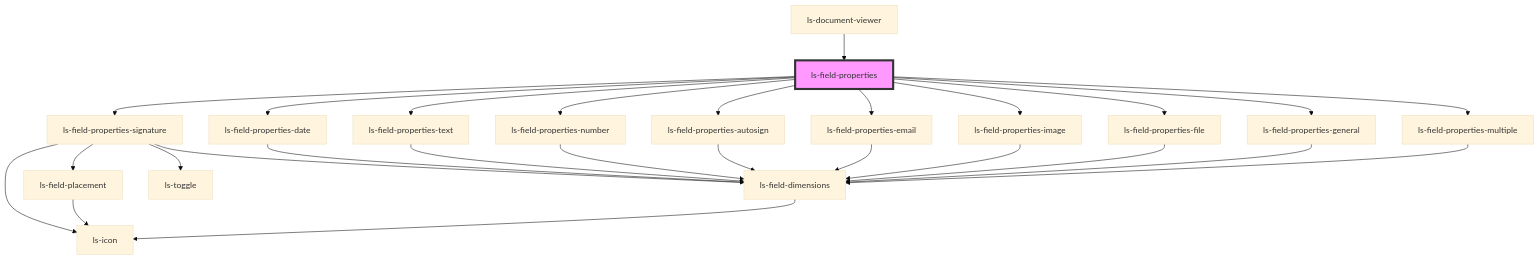
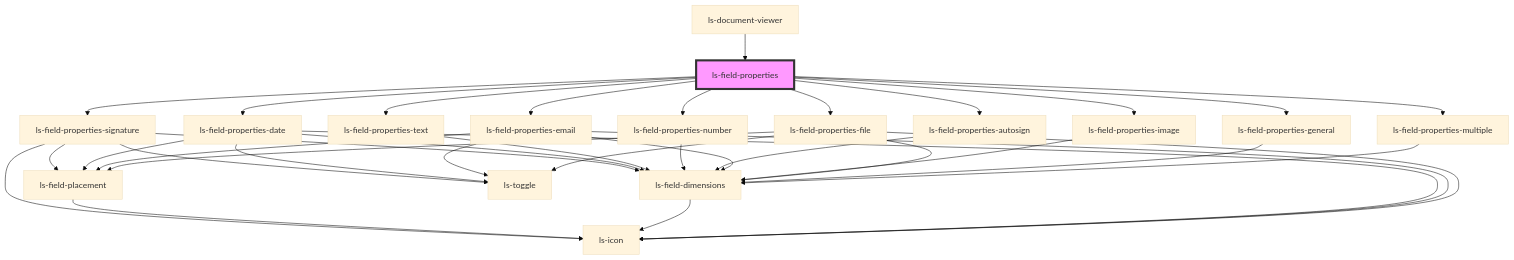
The diagram in src/components/ls-field-properties/readme.md (legalesign/ls-document-viewer), drawn with Mermaid (base theme) before and after one commit. The commit also changed 10 other files, not shown here.

````diff
--- a/src/components/ls-field-properties/readme.md
+++ b/src/components/ls-field-properties/readme.md
@@ -35,30 +35,39 @@
 ```mermaid
 graph TD;
   ls-field-properties --> ls-field-properties-signature
   ls-field-properties --> ls-field-properties-date
   ls-field-properties --> ls-field-properties-text
   ls-field-properties --> ls-field-properties-number
   ls-field-properties --> ls-field-properties-autosign
   ls-field-properties --> ls-field-properties-email
   ls-field-properties --> ls-field-properties-image
   ls-field-properties --> ls-field-properties-file
   ls-field-properties --> ls-field-properties-general
   ls-field-properties --> ls-field-properties-multiple
   ls-field-properties-signature --> ls-field-placement
   ls-field-properties-signature --> ls-field-dimensions
   ls-field-properties-signature --> ls-icon
   ls-field-properties-signature --> ls-toggle
   ls-field-placement --> ls-icon
   ls-field-dimensions --> ls-icon
+  ls-field-properties-date --> ls-field-placement
   ls-field-properties-date --> ls-field-dimensions
+  ls-field-properties-date --> ls-icon
+  ls-field-properties-date --> ls-toggle
   ls-field-properties-text --> ls-field-dimensions
   ls-field-properties-number --> ls-field-dimensions
   ls-field-properties-autosign --> ls-field-dimensions
+  ls-field-properties-email --> ls-field-placement
   ls-field-properties-email --> ls-field-dimensions
+  ls-field-properties-email --> ls-icon
+  ls-field-properties-email --> ls-toggle
   ls-field-properties-image --> ls-field-dimensions
+  ls-field-properties-file --> ls-field-placement
   ls-field-properties-file --> ls-field-dimensions
+  ls-field-properties-file --> ls-icon
+  ls-field-properties-file --> ls-toggle
   ls-field-properties-general --> ls-field-dimensions
   ls-field-properties-multiple --> ls-field-dimensions
   ls-document-viewer --> ls-field-properties
   style ls-field-properties fill:#f9f,stroke:#333,stroke-width:4px
 ```
````
